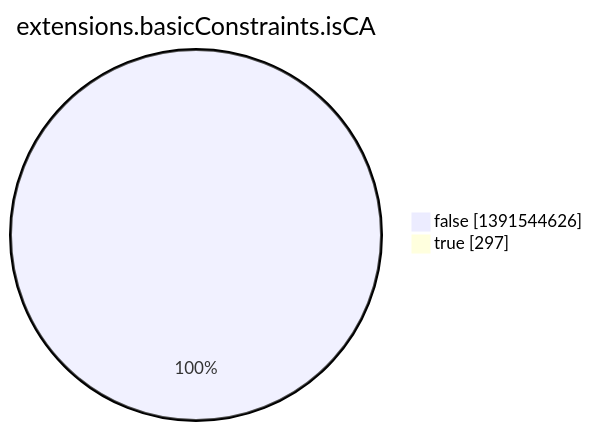
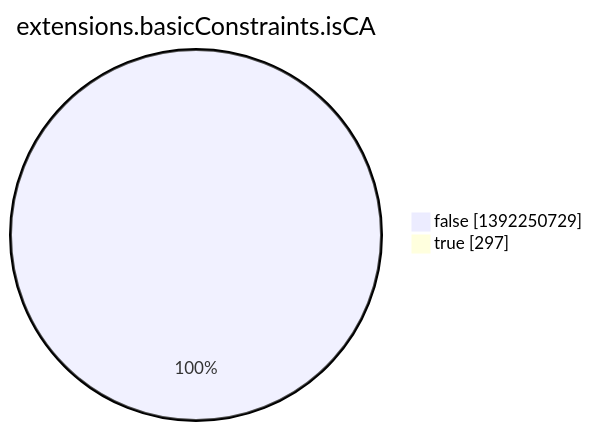
The eighth of 15 diagrams in argon2022/README.md (christiankrug/ctmonitor_visualization), drawn with Mermaid before and after one commit. The commit also changed other lines of this file, not shown here.

````diff
--- a/argon2022/README.md
+++ b/argon2022/README.md
@@ -2759,6 +2759,6 @@
 ```mermaid
 pie showData
 title extensions.basicConstraints.isCA
-"false" :1391544626
+"false" :1392250729
 "true" :297
 ```
````
